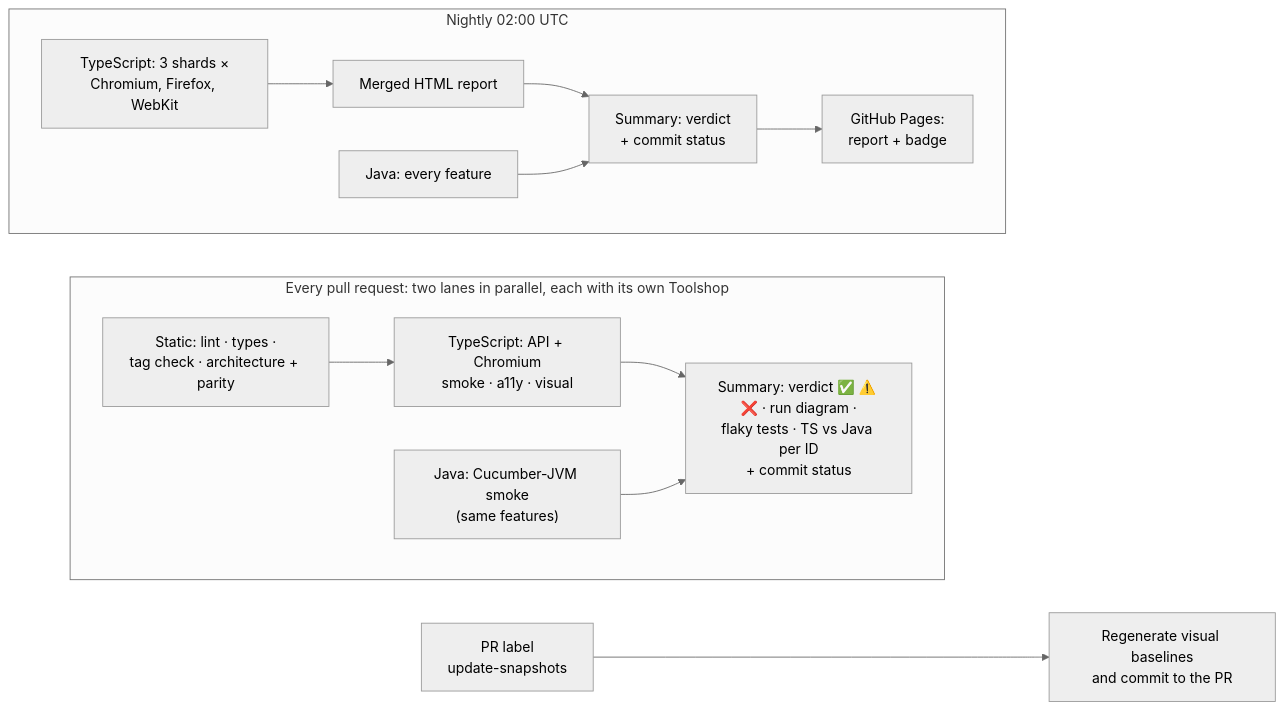
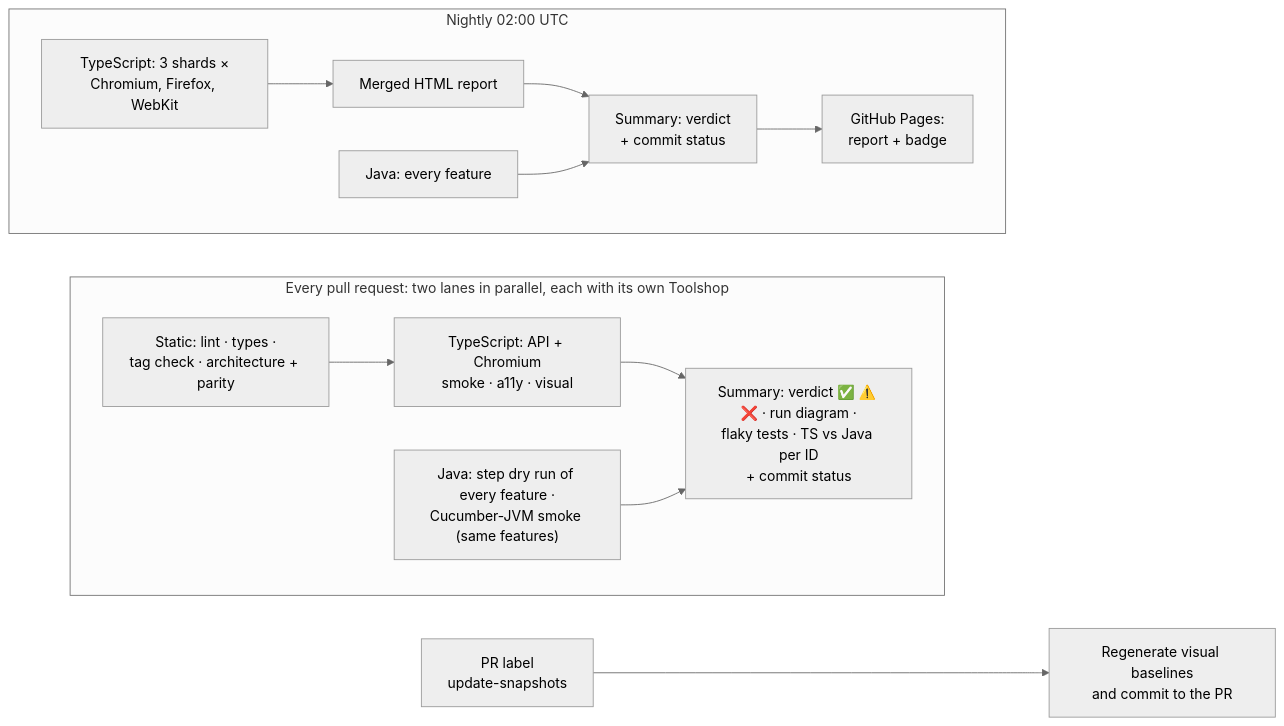
Before and after one commit to junchunip-hue/playwright-e2e-showcase: the second of 2 diagrams in README.md, drawn with Mermaid (neutral theme). The commit also changed other lines of this file and 4 other files, not shown here.

First line of the commit message:
CI hardening: Java step dry run in the PR, Dependabot, front-page fixes

````diff
--- a/README.md
+++ b/README.md
@@ -95,17 +97,17 @@
 ```mermaid
 flowchart LR
   subgraph PR["Every pull request: two lanes in parallel, each with its own Toolshop"]
     direction LR
     S["Static: lint · types ·<br/>tag check · architecture + parity"] --> TS["TypeScript: API + Chromium<br/>smoke · a11y · visual"]
-    J["Java: Cucumber-JVM smoke<br/>(same features)"]
+    J["Java: step dry run of every feature ·<br/>Cucumber-JVM smoke (same features)"]
     TS --> SUM["Summary: verdict ✅ ⚠️ ❌ · run diagram ·<br/>flaky tests · TS vs Java per ID<br/>+ commit status"]
     J --> SUM
   end
   subgraph N["Nightly 02:00 UTC"]
     direction LR
     SH["TypeScript: 3 shards ×<br/>Chromium, Firefox, WebKit"] --> M["Merged HTML report"] --> NS["Summary: verdict<br/>+ commit status"]
     NJ["Java: every feature"] --> NS
     NS --> P["GitHub Pages:<br/>report + badge"]
   end
   L["PR label<br/>update-snapshots"] --> B["Regenerate visual baselines<br/>and commit to the PR"]
 ```
````
